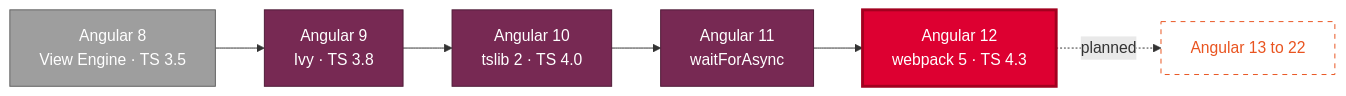
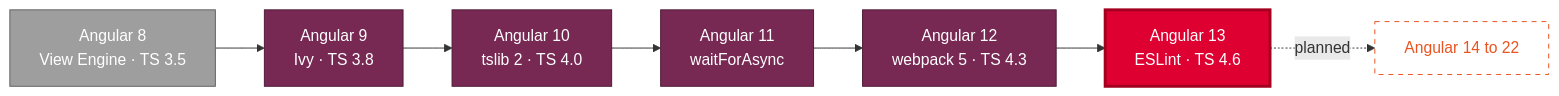
Before and after one commit to NisanurBulut/KimOkurAPP: the sixth of 6 diagrams in README.md, drawn with Mermaid. The commit also changed other lines of this file and 26 other files, not shown here.

````diff
--- a/README.md
+++ b/README.md
@@ -431,17 +443,18 @@
 ```mermaid
 flowchart LR
     A8["Angular 8<br/>View Engine · TS 3.5"] --> A9["Angular 9<br/>Ivy · TS 3.8"]
     A9 --> A10["Angular 10<br/>tslib 2 · TS 4.0"]
     A10 --> A11["Angular 11<br/>waitForAsync"]
     A11 --> A12["Angular 12<br/>webpack 5 · TS 4.3"]
-    A12 -.->|"planned"| NEXT["Angular 13 to 22"]
+    A12 --> A13["Angular 13<br/>ESLint · TS 4.6"]
+    A13 -.->|"planned"| NEXT["Angular 14 to 22"]
 
     classDef old fill:#9E9E9E,stroke:#616161,color:#ffffff
     classDef step fill:#772953,stroke:#4E1B37,color:#ffffff
     classDef now fill:#DD0031,stroke:#A3001F,color:#ffffff,stroke-width:3px
     classDef next fill:#ffffff,stroke:#E95420,color:#E95420,stroke-dasharray:5 5
     class A8 old
-    class A9,A10,A11 step
-    class A12 now
+    class A9,A10,A11,A12 step
+    class A13 now
     class NEXT next
 ```
````
